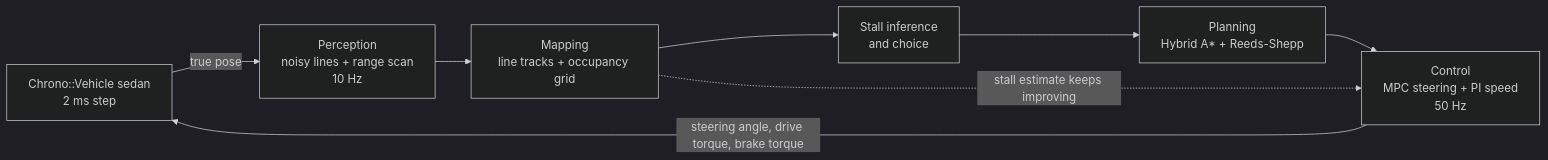
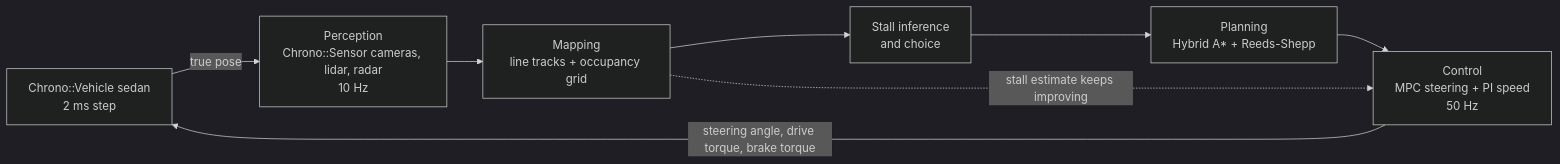
One commit to ksha23/chrono-parking changed the diagram in README.md. Above: the diagram before and after it, drawn with Mermaid (dark theme). The commit also changed other lines of this file and 24 other files, not shown here.

````diff
--- a/README.md
+++ b/README.md
@@ -53,10 +67,10 @@
 ```mermaid
 flowchart LR
-    V["Chrono::Vehicle sedan<br/>2 ms step"] -->|true pose| P["Perception<br/>noisy lines + range scan<br/>10 Hz"]
+    V["Chrono::Vehicle sedan<br/>2 ms step"] -->|true pose| P["Perception<br/>Chrono::Sensor cameras, lidar, radar<br/>10 Hz"]
     P --> M["Mapping<br/>line tracks + occupancy grid"]
     M --> D["Stall inference<br/>and choice"]
     D --> PL["Planning<br/>Hybrid A* + Reeds-Shepp"]
     PL --> C["Control<br/>MPC steering + PI speed<br/>50 Hz"]
     C -->|"steering angle, drive torque, brake torque"| V
     M -. "stall estimate keeps improving" .-> C
 ```
````
